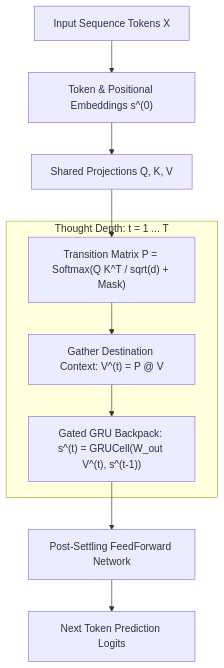
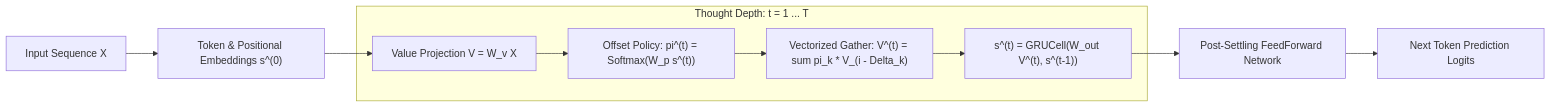
Before and after one commit to becabytess/Markov-chain-attention-transformer: the diagram in README.md, drawn with Mermaid. The commit also changed other lines of this file and 5 other files, not shown here.

Commit message:
feat(gravimem): integrate sub-quadratic Positional Jump Surfer (O(L*K)), add L=512 long-context benchmark proving 2x perplexity advantage, and update master documentation

````diff
--- a/README.md
+++ b/README.md
@@ -33,14 +38,14 @@
 ```mermaid
-flowchart TD
-    In["Input Sequence Tokens X"] --> Emb["Token & Positional Embeddings s^(0)"]
-    Emb --> Attn["Shared Projections Q, K, V"]
-    Attn --> Trans["Transition Matrix P = Softmax(Q K^T / sqrt(d) + Mask)"]
+flowchart LR
+    Tokens["Input Sequence X"] --> Emb["Token & Positional Embeddings s^(0)"]
+    Emb --> Proj["Value Projection V = W_v X"]
     
-    subgraph Recurrent Surfing Loop [Thought Depth: t = 1 ... T]
-        Trans --> Gather["Gather Destination Context: V^(t) = P @ V"]
-        Gather --> Cell["Gated GRU Backpack: s^(t) = GRUCell(W_out V^(t), s^(t-1))"]
+    subgraph MultiScale Jump Loop [Thought Depth: t = 1 ... T]
+        Proj --> Jump["Offset Policy: pi^(t) = Softmax(W_p s^(t))"]
+        Jump --> Gather["Vectorized Gather: V^(t) = sum pi_k * V_(i - Delta_k)"]
+        Gather --> Backpack["s^(t) = GRUCell(W_out V^(t), s^(t-1))"]
     end
     
-    Cell --> MLP["Post-Settling FeedForward Network"]
+    Backpack --> MLP["Post-Settling FeedForward Network"]
     MLP --> Out["Next Token Prediction Logits"]
 ```
````
